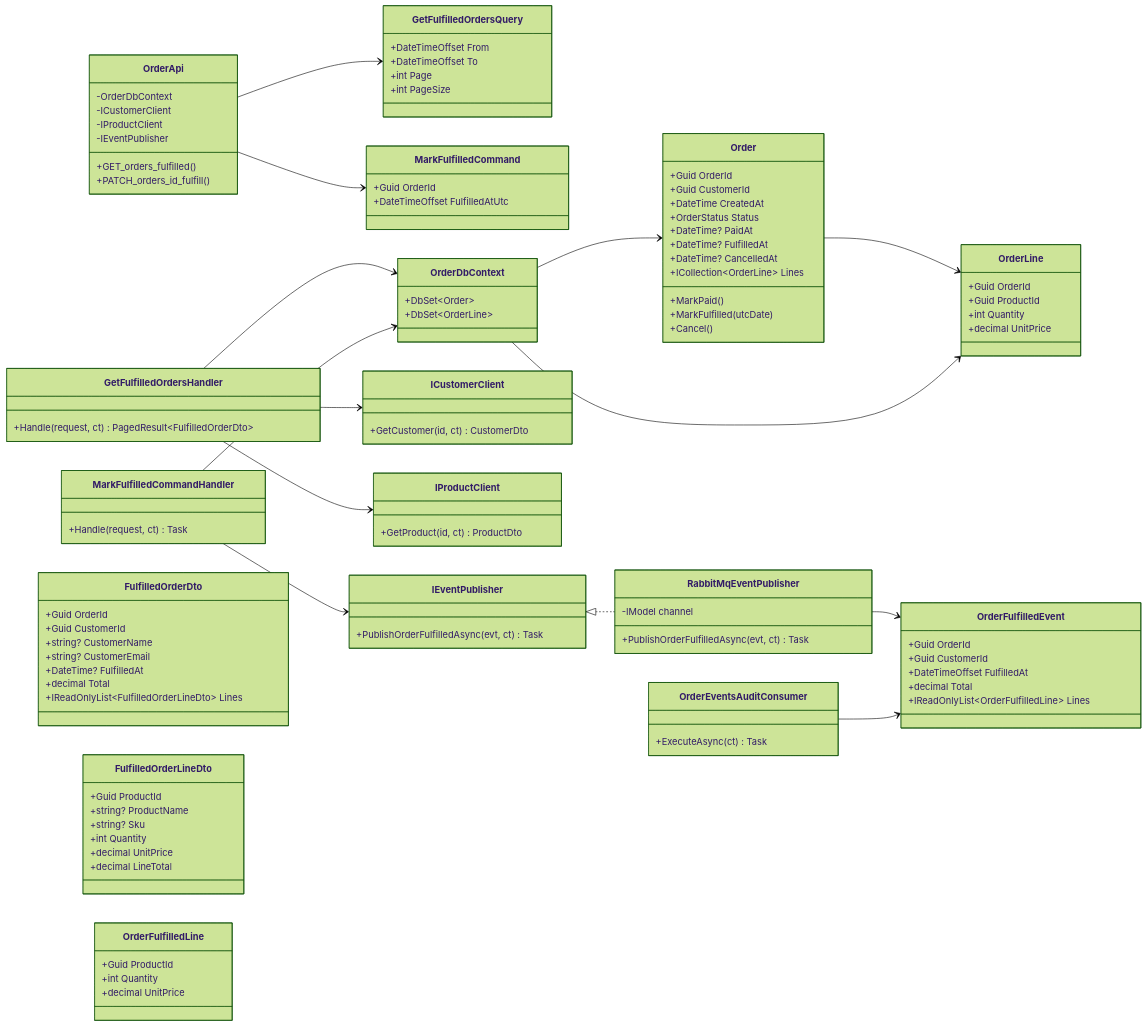
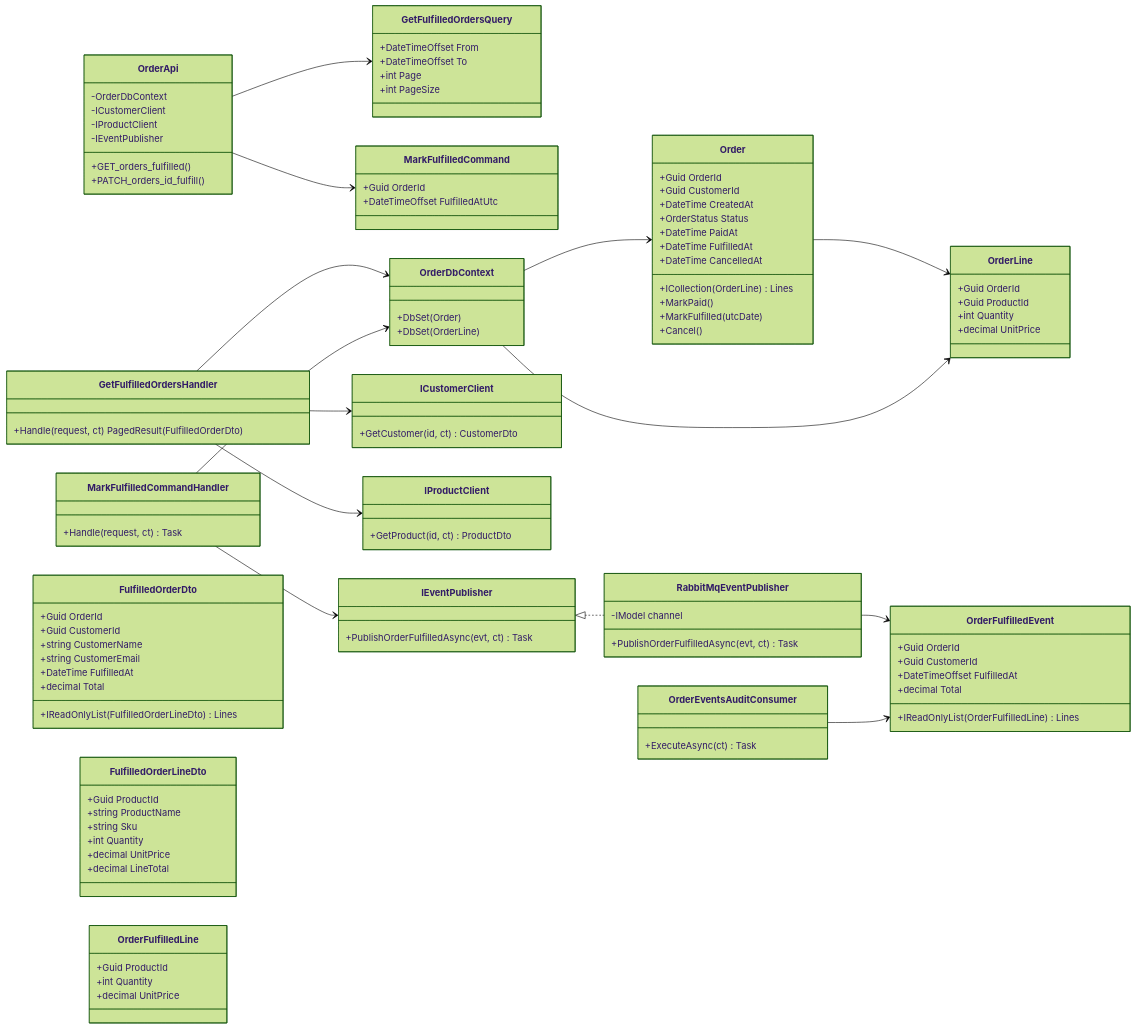
One commit to yasingundogdu/SmartShop changed the second of 4 diagrams in docs/architecture.md. Above: the diagram before and after it, drawn with Mermaid (forest theme). The commit also changed other lines of this file, not shown here.

Commit message:
architecture.md fixed :hammer:

````diff
--- a/docs/architecture.md
+++ b/docs/architecture.md
@@ -52,4 +51,4 @@
-``` mermaid
+```mermaid
 classDiagram
     direction LR
 
@@ -70,7 +69,7 @@
     }
 
     class GetFulfilledOrdersHandler {
-        +Handle(request, ct) PagedResult~FulfilledOrderDto~
+        +Handle(request, ct) PagedResult(FulfilledOrderDto)
     }
 
     class MarkFulfilledCommand {
@@ -83,8 +82,8 @@
     }
 
     class OrderDbContext {
-        +DbSet~Order~
-        +DbSet~OrderLine~
+        +DbSet(Order)
+        +DbSet(OrderLine)
     }
 
     class Order {
@@ -92,10 +91,10 @@
         +Guid CustomerId
         +DateTime CreatedAt
         +OrderStatus Status
-        +DateTime? PaidAt
-        +DateTime? FulfilledAt
-        +DateTime? CancelledAt
-        +ICollection~OrderLine~ Lines
+        +DateTime PaidAt
+        +DateTime FulfilledAt
+        +DateTime CancelledAt
+        +ICollection(OrderLine) Lines
         +MarkPaid()
         +MarkFulfilled(utcDate)
         +Cancel()
@@ -111,17 +110,17 @@
     class FulfilledOrderDto {
         +Guid OrderId
         +Guid CustomerId
-        +string? CustomerName
-        +string? CustomerEmail
-        +DateTime? FulfilledAt
+        +string CustomerName
+        +string CustomerEmail
+        +DateTime FulfilledAt
         +decimal Total
-        +IReadOnlyList~FulfilledOrderLineDto~ Lines
+        +IReadOnlyList(FulfilledOrderLineDto) Lines
     }
 
     class FulfilledOrderLineDto {
         +Guid ProductId
-        +string? ProductName
-        +string? Sku
+        +string ProductName
+        +string Sku
         +int Quantity
         +decimal UnitPrice
         +decimal LineTotal
@@ -152,7 +151,7 @@
         +Guid CustomerId
         +DateTimeOffset FulfilledAt
         +decimal Total
-        +IReadOnlyList~OrderFulfilledLine~ Lines
+        +IReadOnlyList(OrderFulfilledLine) Lines
     }
 
     class OrderFulfilledLine {
````
